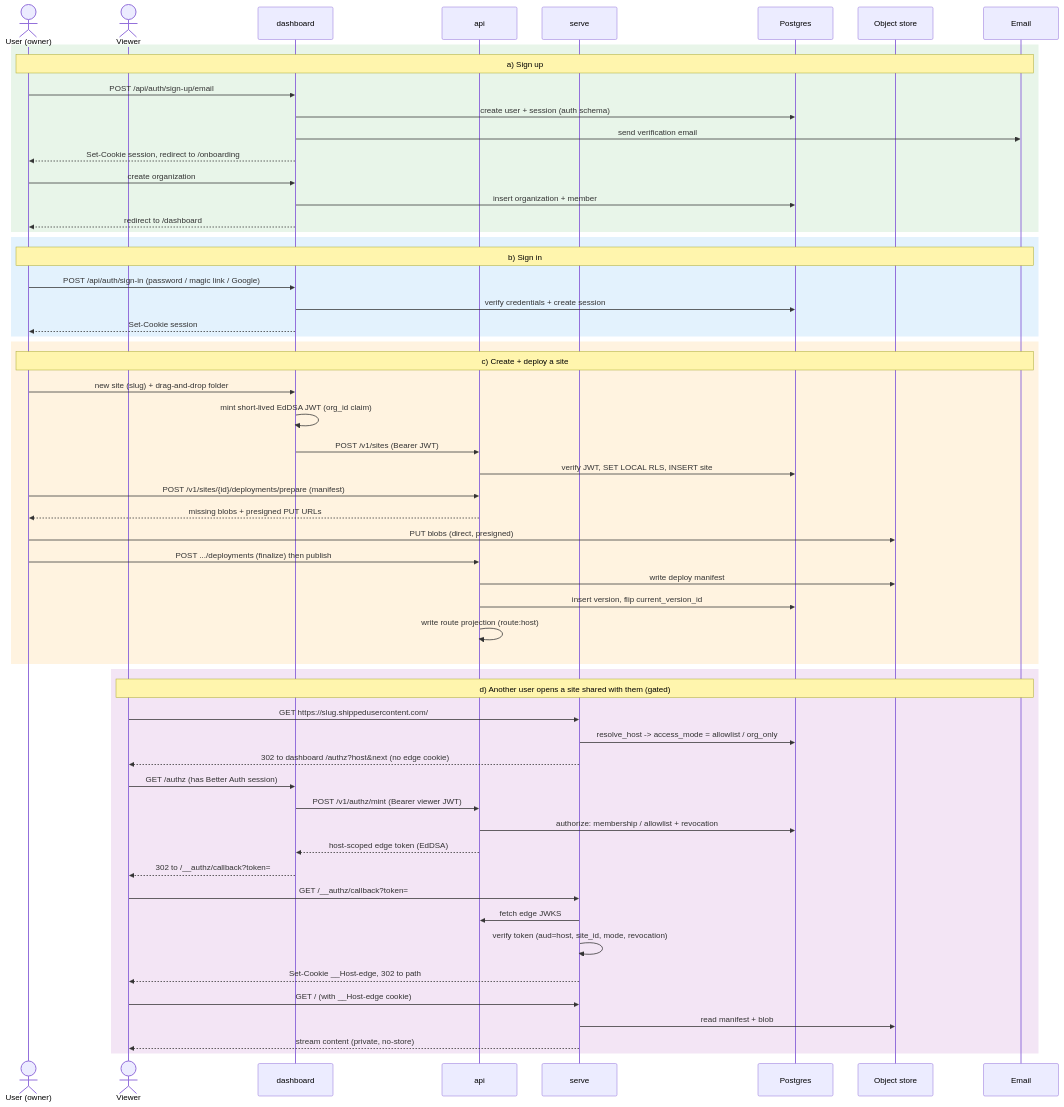
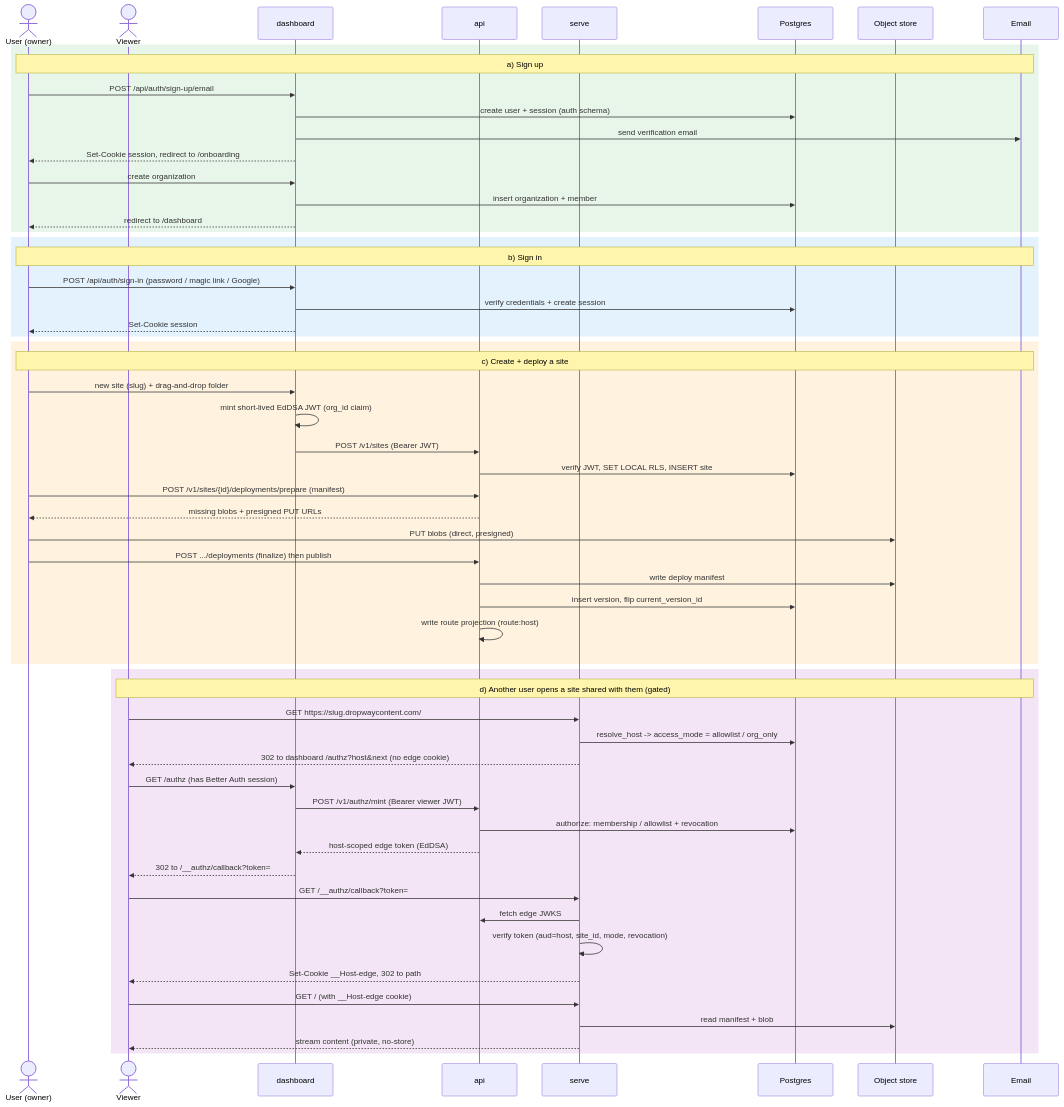
Before and after one commit to danielpang/dropway: the second of 2 diagrams in docs/diagrams/README.md, drawn with Mermaid. The commit also changed other lines of this file and 199 other files, not shown here.

````diff
--- a/docs/diagrams/README.md
+++ b/docs/diagrams/README.md
@@ -68,63 +68,63 @@
 ```mermaid
 sequenceDiagram
   actor U as User (owner)
   actor V as Viewer
   participant D as dashboard
   participant A as api
   participant S as serve
   participant PG as Postgres
   participant OS as Object store
   participant M as Email
 
   rect rgb(232,245,233)
     note over U,M: a) Sign up
     U->>D: POST /api/auth/sign-up/email
     D->>PG: create user + session (auth schema)
     D->>M: send verification email
     D-->>U: Set-Cookie session, redirect to /onboarding
     U->>D: create organization
     D->>PG: insert organization + member
     D-->>U: redirect to /dashboard
   end
 
   rect rgb(227,242,253)
     note over U,M: b) Sign in
     U->>D: POST /api/auth/sign-in (password / magic link / Google)
     D->>PG: verify credentials + create session
     D-->>U: Set-Cookie session
   end
 
   rect rgb(255,243,224)
     note over U,M: c) Create + deploy a site
     U->>D: new site (slug) + drag-and-drop folder
     D->>D: mint short-lived EdDSA JWT (org_id claim)
     D->>A: POST /v1/sites (Bearer JWT)
     A->>PG: verify JWT, SET LOCAL RLS, INSERT site
     U->>A: POST /v1/sites/{id}/deployments/prepare (manifest)
     A-->>U: missing blobs + presigned PUT URLs
     U->>OS: PUT blobs (direct, presigned)
     U->>A: POST .../deployments (finalize) then publish
     A->>OS: write deploy manifest
     A->>PG: insert version, flip current_version_id
     A->>A: write route projection (route:host)
   end
 
   rect rgb(243,229,245)
     note over V,M: d) Another user opens a site shared with them (gated)
-    V->>S: GET https://slug.shippedusercontent.com/
+    V->>S: GET https://slug.dropwaycontent.com/
     S->>PG: resolve_host -> access_mode = allowlist / org_only
     S-->>V: 302 to dashboard /authz?host&next (no edge cookie)
     V->>D: GET /authz (has Better Auth session)
     D->>A: POST /v1/authz/mint (Bearer viewer JWT)
     A->>PG: authorize: membership / allowlist + revocation
     A-->>D: host-scoped edge token (EdDSA)
     D-->>V: 302 to /__authz/callback?token=
     V->>S: GET /__authz/callback?token=
     S->>A: fetch edge JWKS
     S->>S: verify token (aud=host, site_id, mode, revocation)
     S-->>V: Set-Cookie __Host-edge, 302 to path
     V->>S: GET / (with __Host-edge cookie)
     S->>OS: read manifest + blob
     S-->>V: stream content (private, no-store)
   end
 ```
````
